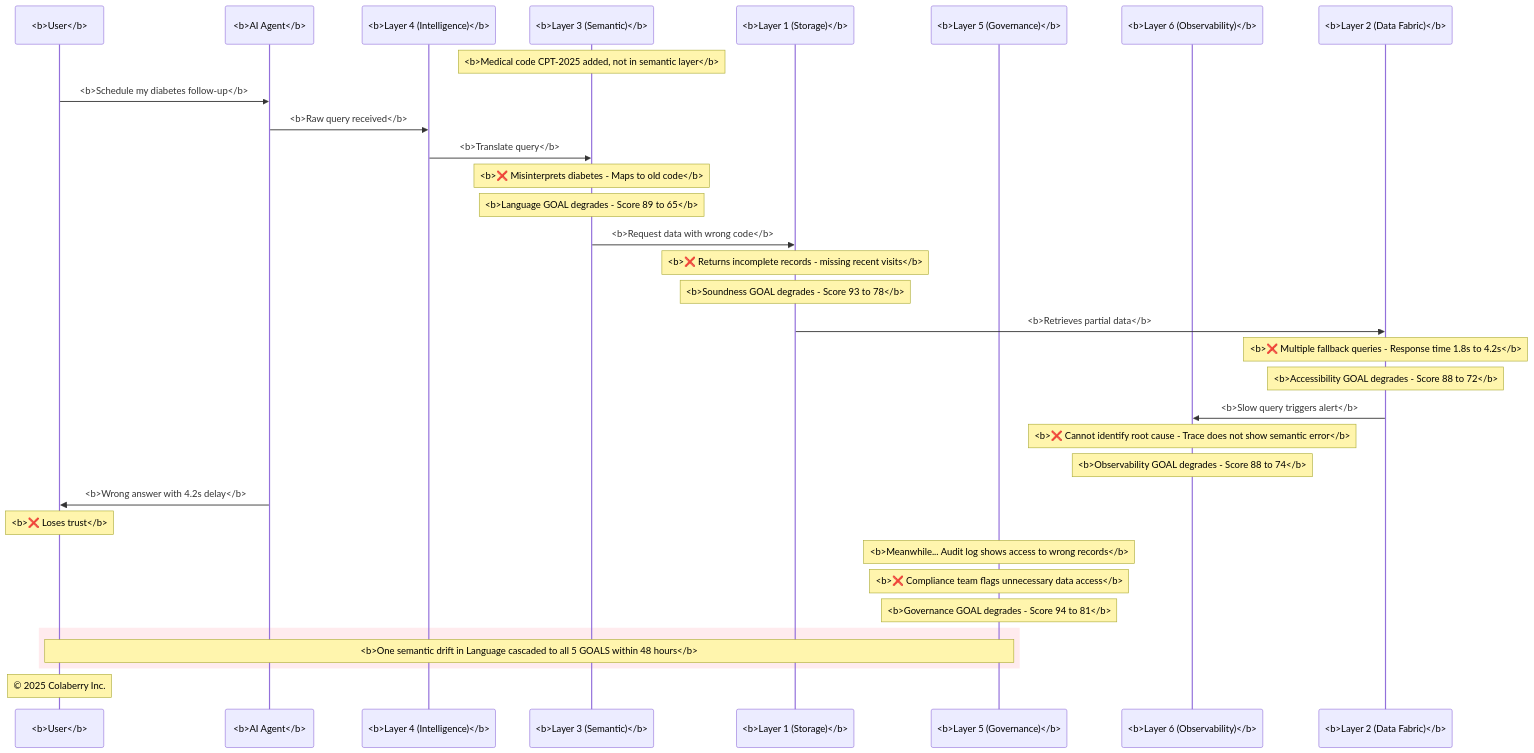
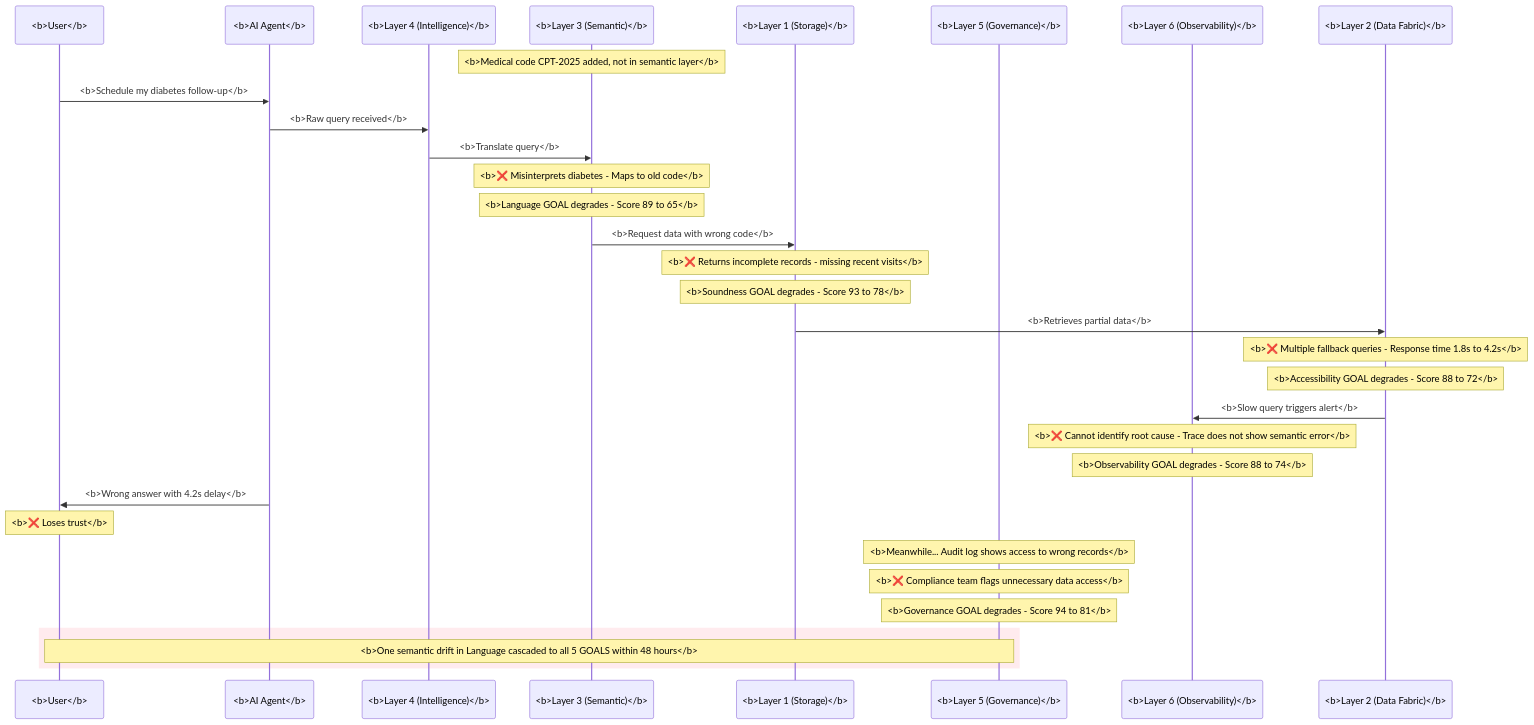
The tenth of 11 diagrams in chapter-02/chapter_2_complete.md (colaberry/enterprise-data-readiness-ai-agents), drawn with Mermaid before and after one commit. The commit also changed other lines of this file, not shown here.

````diff
--- a/chapter-02/chapter_2_complete.md
+++ b/chapter-02/chapter_2_complete.md
@@ -1655,45 +1548,42 @@
 ```mermaid
 sequenceDiagram
     participant U as <b>User</b>
     participant Agent as <b>AI Agent</b>
     participant L4 as <b>Layer 4 (Intelligence)</b>
     participant L3 as <b>Layer 3 (Semantic)</b>
     participant L1 as <b>Layer 1 (Storage)</b>
     participant L5 as <b>Layer 5 (Governance)</b>
     participant L6 as <b>Layer 6 (Observability)</b>
     participant L2 as <b>Layer 2 (Data Fabric)</b>
     
     Note over L3: <b>Medical code CPT-2025 added, not in semantic layer</b>
     
     U->>Agent: <b>Schedule my diabetes follow-up</b>
     Agent->>L4: <b>Raw query received</b>
     L4->>L3: <b>Translate query</b>
     Note over L3: <b>❌ Misinterprets diabetes - Maps to old code</b>
     Note over L3: <b>Language GOAL degrades - Score 89 to 65</b>
     
     L3->>L1: <b>Request data with wrong code</b>
     Note over L1: <b>❌ Returns incomplete records - missing recent visits</b>
     Note over L1: <b>Soundness GOAL degrades - Score 93 to 78</b>
     
     L1->>L2: <b>Retrieves partial data</b>
     Note over L2: <b>❌ Multiple fallback queries - Response time 1.8s to 4.2s</b>
     Note over L2: <b>Accessibility GOAL degrades - Score 88 to 72</b>
     
     L2->>L6: <b>Slow query triggers alert</b>
     Note over L6: <b>❌ Cannot identify root cause - Trace does not show semantic error</b>
     Note over L6: <b>Observability GOAL degrades - Score 88 to 74</b>
     
     Agent->>U: <b>Wrong answer with 4.2s delay</b>
     Note over U: <b>❌ Loses trust</b>
     
     Note over L5: <b>Meanwhile... Audit log shows access to wrong records</b>
     Note over L5: <b>❌ Compliance team flags unnecessary data access</b>
     Note over L5: <b>Governance GOAL degrades - Score 94 to 81</b>
     
     rect rgb(255, 235, 238)
         Note over U,L5: <b>One semantic drift in Language cascaded to all 5 GOALS within 48 hours</b>
     end
-    
-    Note over U: © 2025 Colaberry Inc.
-
 ```
````
